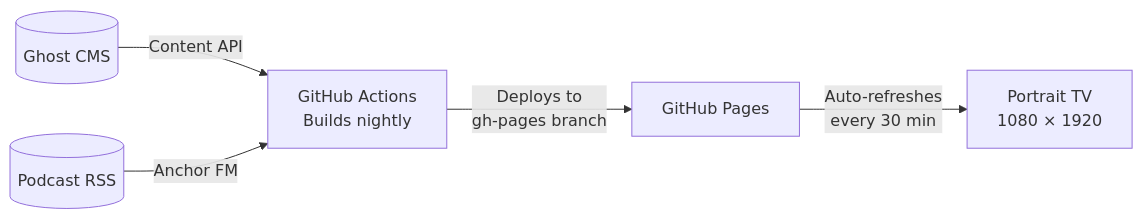
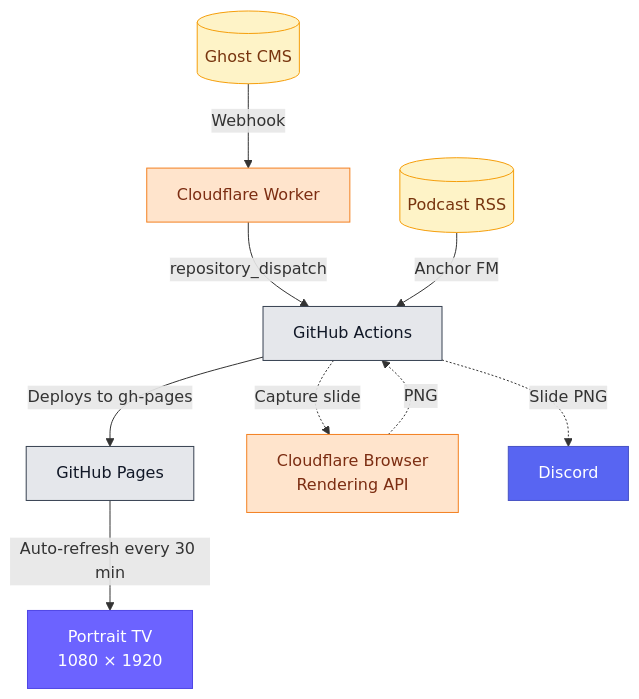
Before and after one commit to inovus-labs/kiosk.inovuslabs.org: the diagram in README.md, drawn with Mermaid. The commit also changed other lines of this file, not shown here.

Commit message:
feat: Enhance README with detailed workflow explanation and Discord auto-posting feature

````diff
--- a/README.md
+++ b/README.md
@@ -13,7 +13,32 @@
 ```mermaid
-flowchart LR
-    A[(Ghost CMS)] -->|Content API| B[GitHub Actions\nBuilds nightly]
-    E[(Podcast RSS)] -->|Anchor FM| B
-    B -->|Deploys to\ngh-pages branch| C[GitHub Pages]
-    C -->|Auto-refreshes\nevery 30 min| D[Portrait TV\n1080 × 1920]
+flowchart TD
+    %% ── Sources ─────────────────────────────────
+    A[(Ghost CMS)]:::source
+    E[(Podcast RSS)]:::source
+
+    %% ── Build & deploy pipeline ─────────────────
+    W[Cloudflare Worker]:::cf
+    B[GitHub Actions]:::gh
+    C[GitHub Pages]:::gh
+    D[Portrait TV<br/>1080 × 1920]:::tv
+
+    %% ── Post-deploy side channel ────────────────
+    BR[Cloudflare Browser<br/>Rendering API]:::cf
+    F[Discord]:::discord
+
+    A -->|Webhook| W
+    W -->|repository_dispatch| B
+    E -->|Anchor FM| B
+    B -->|Deploys to gh-pages| C
+    C -->|Auto-refresh every 30 min| D
+
+    B -.->|Capture slide| BR
+    BR -.->|PNG| B
+    B -.->|Slide PNG| F
+
+    classDef source  fill:#FEF3C7,stroke:#F59E0B,color:#78350F;
+    classDef cf      fill:#FFE4CC,stroke:#F38020,color:#7C2D12;
+    classDef gh      fill:#E5E7EB,stroke:#374151,color:#111827;
+    classDef tv      fill:#6C63FF,stroke:#4F46E5,color:#FFFFFF;
+    classDef discord fill:#5865F2,stroke:#4752C4,color:#FFFFFF;
 ```
````
